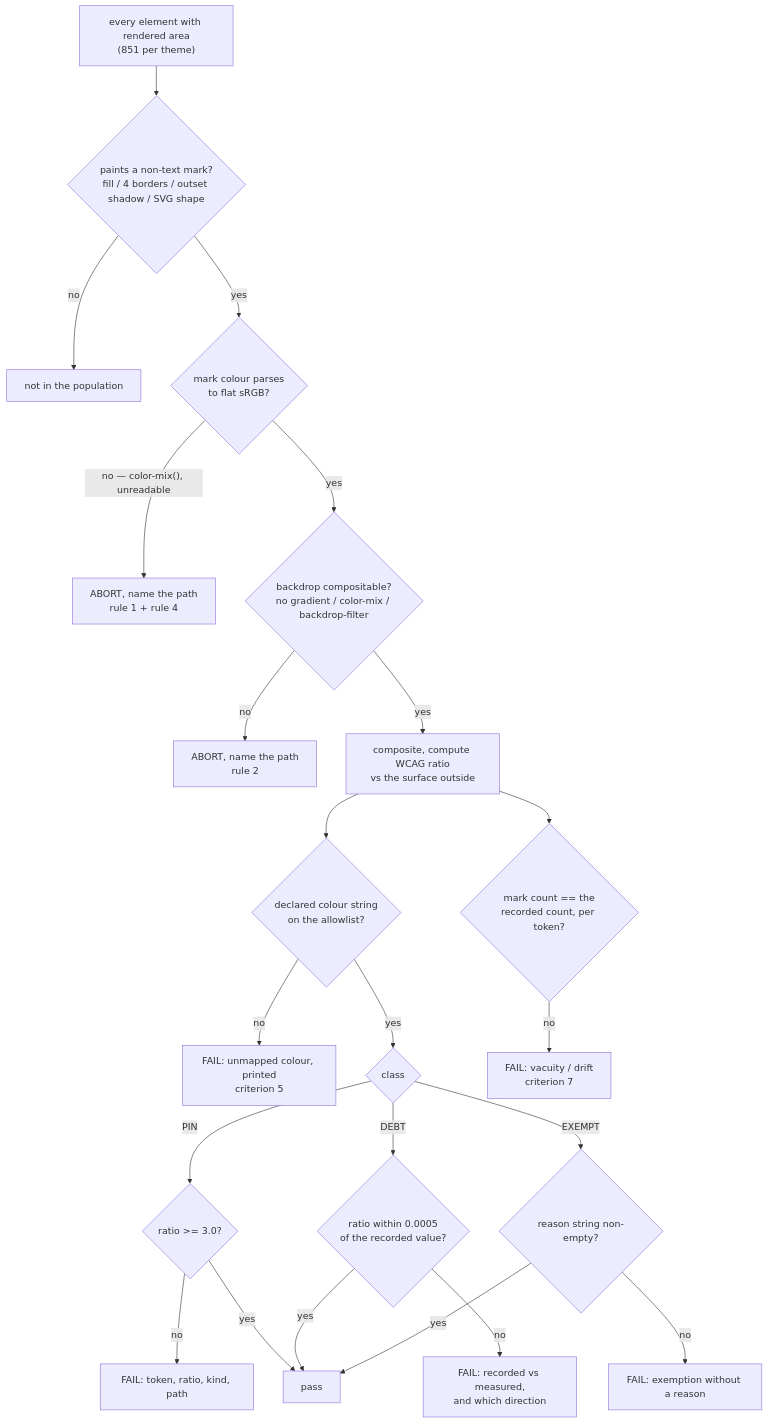
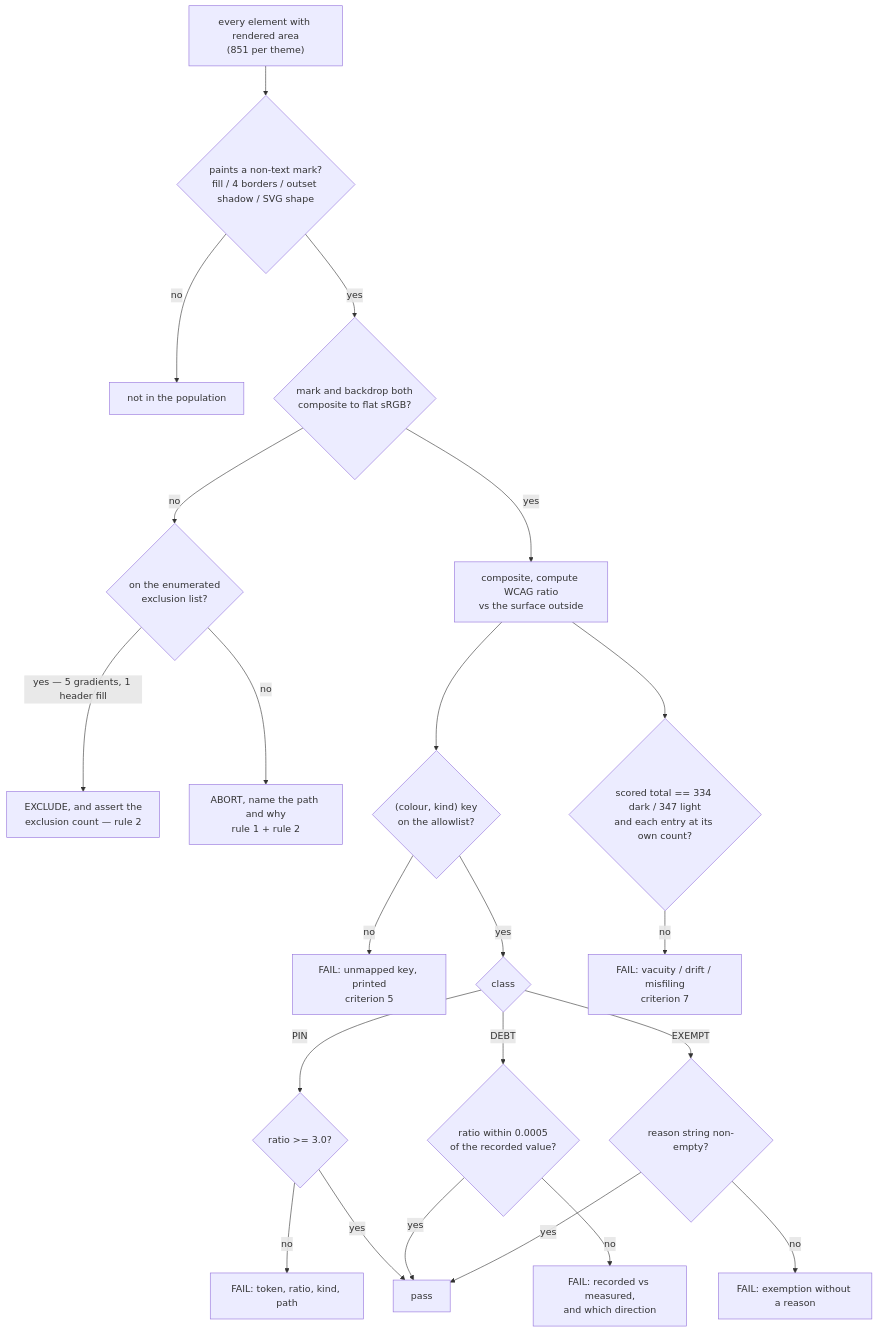
Before and after one commit to suyatdev/.claude: the diagram in docs/features/treko-non-text-contrast.md, drawn with Mermaid. The commit also changed other lines of this file and 2 other files, not shown here.

````diff
--- a/docs/features/treko-non-text-contrast.md
+++ b/docs/features/treko-non-text-contrast.md
@@ -393,24 +432,24 @@
 ```mermaid
 flowchart TD
     A["every element with rendered area<br/>(851 per theme)"] --> B{"paints a non-text mark?<br/>fill / 4 borders / outset shadow / SVG shape"}
     B -->|no| Z["not in the population"]
-    B -->|yes| C{"mark colour parses<br/>to flat sRGB?"}
-    C -->|"no — color-mix(), unreadable"| F1["ABORT, name the path<br/>rule 1 + rule 4"]
-    C -->|yes| D{"backdrop compositable?<br/>no gradient / color-mix / backdrop-filter"}
-    D -->|no| F2["ABORT, name the path<br/>rule 2"]
-    D -->|yes| E["composite, compute WCAG ratio<br/>vs the surface outside"]
-    E --> G{"declared colour string<br/>on the allowlist?"}
-    G -->|no| F3["FAIL: unmapped colour, printed<br/>criterion 5"]
+    B -->|yes| C{"mark and backdrop both<br/>composite to flat sRGB?"}
+    C -->|no| X{"on the enumerated<br/>exclusion list?"}
+    X -->|"yes — 5 gradients, 1 header fill"| F1["EXCLUDE, and assert the<br/>exclusion count — rule 2"]
+    X -->|no| F2["ABORT, name the path and why<br/>rule 1 + rule 2"]
+    C -->|yes| E["composite, compute WCAG ratio<br/>vs the surface outside"]
+    E --> G{"(colour, kind) key<br/>on the allowlist?"}
+    G -->|no| F3["FAIL: unmapped key, printed<br/>criterion 5"]
     G -->|yes| H{"class"}
     H -->|PIN| P{"ratio >= 3.0?"}
     H -->|DEBT| Q{"ratio within 0.0005<br/>of the recorded value?"}
     H -->|EXEMPT| R{"reason string non-empty?"}
     P -->|no| FP["FAIL: token, ratio, kind, path"]
     Q -->|no| FQ["FAIL: recorded vs measured,<br/>and which direction"]
     R -->|no| FR["FAIL: exemption without a reason"]
     P -->|yes| OK["pass"]
     Q -->|yes| OK
     R -->|yes| OK
-    E --> V{"mark count == the<br/>recorded count, per token?"}
-    V -->|no| FV["FAIL: vacuity / drift<br/>criterion 7"]
+    E --> V{"scored total == 334 dark / 347 light<br/>and each entry at its own count?"}
+    V -->|no| FV["FAIL: vacuity / drift / misfiling<br/>criterion 7"]
 ```
````
